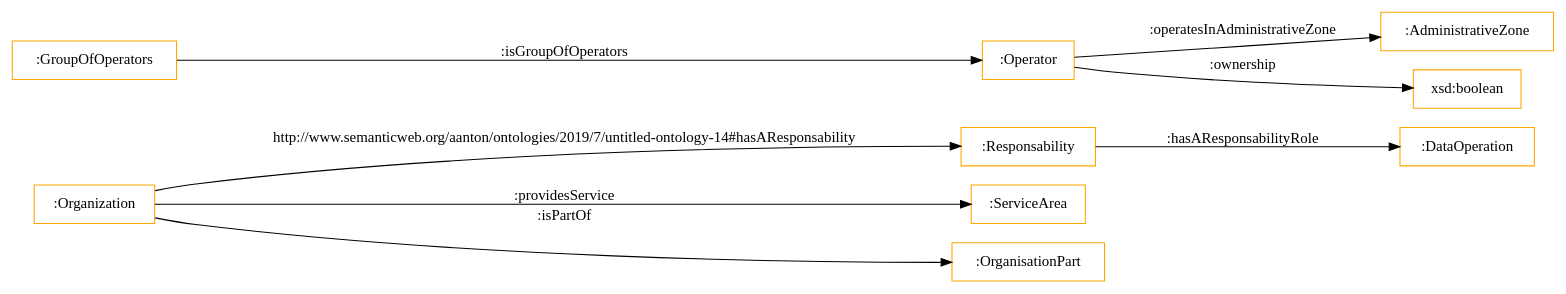
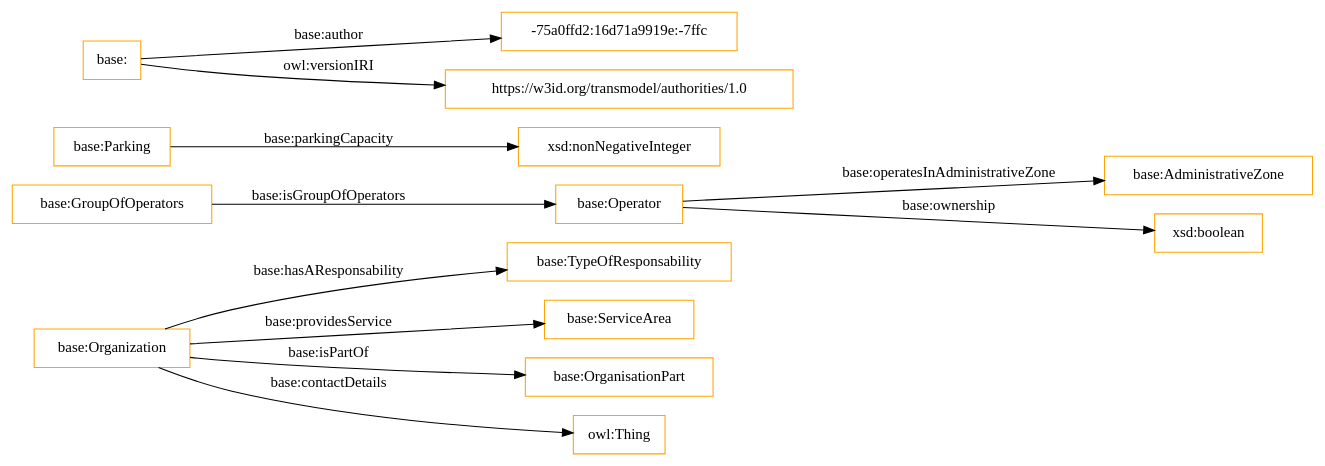
One commit to oeg-upm/transmodel-ontology changed the diagram in OnToology/ontology/tm-authorities.owl/diagrams/ar2dtool-class/tm-authorities.owl.png.dot. Above: the diagram before and after it, drawn with Graphviz. The commit also changed 41 other files, not shown here.

```diff
--- a/OnToology/ontology/tm-authorities.owl/diagrams/ar2dtool-class/tm-authorities.owl.png.dot
+++ b/OnToology/ontology/tm-authorities.owl/diagrams/ar2dtool-class/tm-authorities.owl.png.dot
@@ -1,13 +1,16 @@
 digraph ar2dtool_diagram { 
 rankdir=LR;
 size="1501"
-node [shape = rectangle, color="orange"]; ":Responsability" ":ServiceArea" ":Organization" ":AdministrativeZone" ":OrganisationPart" ":GroupOfOperators" ":Operator" ; /*classes style*/
-	":Operator" -> ":AdministrativeZone" [ label = ":operatesInAdministrativeZone" ];
-	":Organization" -> ":ServiceArea" [ label = ":providesService" ];
-	":Operator" -> "xsd:boolean" [ label = ":ownership" ];
-	":Responsability" -> ":DataOperation" [ label = ":hasAResponsabilityRole" ];
-	":Organization" -> ":OrganisationPart" [ label = ":isPartOf" ];
-	":GroupOfOperators" -> ":Operator" [ label = ":isGroupOfOperators" ];
-	":Organization" -> ":Responsability" [ label = "http://www.semanticweb.org/aanton/ontologies/2019/7/untitled-ontology-14#hasAResponsability" ];
+node [shape = rectangle, color="orange"]; "base:TypeOfResponsability" "base:ServiceArea" "base:Organization" "base:AdministrativeZone" "base:OrganisationPart" "base:GroupOfOperators" "base:Operator" "base:Parking" ; /*classes style*/
+	"base:" -> "-75a0ffd2:16d71a9919e:-7ffc" [ label = "base:author" ];
+	"base:" -> "https://w3id.org/transmodel/authorities/1.0" [ label = "owl:versionIRI" ];
+	"base:Organization" -> "owl:Thing" [ label = "base:contactDetails" ];
+	"base:Parking" -> "xsd:nonNegativeInteger" [ label = "base:parkingCapacity" ];
+	"base:Operator" -> "base:AdministrativeZone" [ label = "base:operatesInAdministrativeZone" ];
+	"base:Organization" -> "base:ServiceArea" [ label = "base:providesService" ];
+	"base:Operator" -> "xsd:boolean" [ label = "base:ownership" ];
+	"base:Organization" -> "base:TypeOfResponsability" [ label = "base:hasAResponsability" ];
+	"base:Organization" -> "base:OrganisationPart" [ label = "base:isPartOf" ];
+	"base:GroupOfOperators" -> "base:Operator" [ label = "base:isGroupOfOperators" ];
 
 }
```
